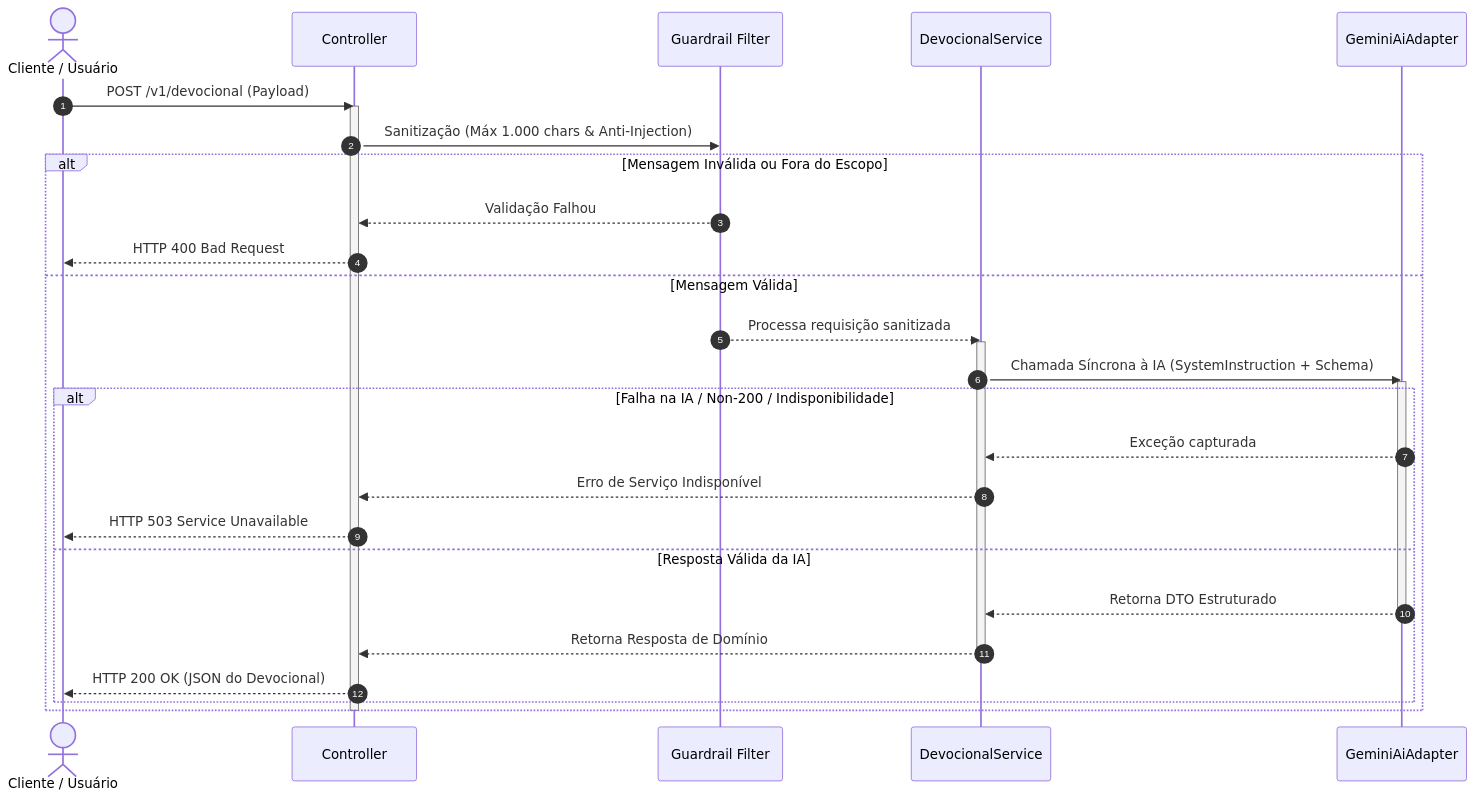
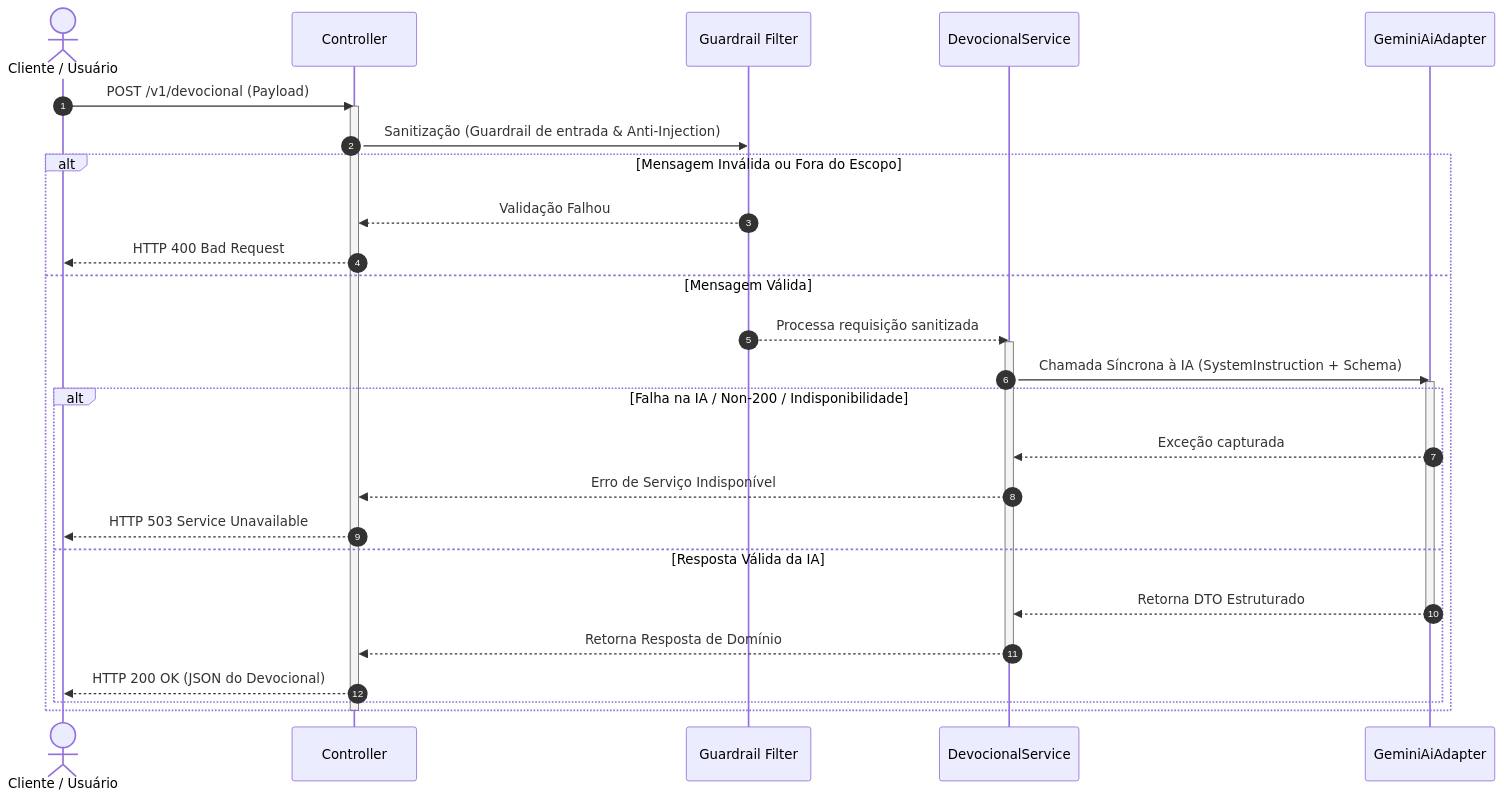
The second of 2 diagrams in docs/architecture.md (razuoss/farol-api), drawn with Mermaid before and after one commit. The commit also changed other lines of this file and 14 other files, not shown here.

````diff
--- a/docs/architecture.md
+++ b/docs/architecture.md
@@ -185,40 +190,40 @@
 ```mermaid
 sequenceDiagram
     autonumber
     actor U as Cliente / Usuário
     participant API as Controller
     participant G as Guardrail Filter
     participant S as DevocionalService
     participant IA as GeminiAiAdapter
 
     U->>API: POST /v1/devocional (Payload)
     activate API
     
-    API->>G: Sanitização (Máx 1.000 chars & Anti-Injection)
+    API->>G: Sanitização (Guardrail de entrada & Anti-Injection)
     
     alt Mensagem Inválida ou Fora do Escopo
         G-->>API: Validação Falhou
         API-->>U: HTTP 400 Bad Request
     else Mensagem Válida
         G-->>S: Processa requisição sanitizada
         activate S
         
         S->>IA: Chamada Síncrona à IA (SystemInstruction + Schema)
         activate IA
         
         alt Falha na IA / Non-200 / Indisponibilidade
             IA-->>S: Exceção capturada
             S-->>API: Erro de Serviço Indisponível
             API-->>U: HTTP 503 Service Unavailable
         else Resposta Válida da IA
             IA-->>S: Retorna DTO Estruturado
             deactivate IA
             
             S-->>API: Retorna Resposta de Domínio
             deactivate S
             
             API-->>U: HTTP 200 OK (JSON do Devocional)
         end
     end
     deactivate API
 ```
````
